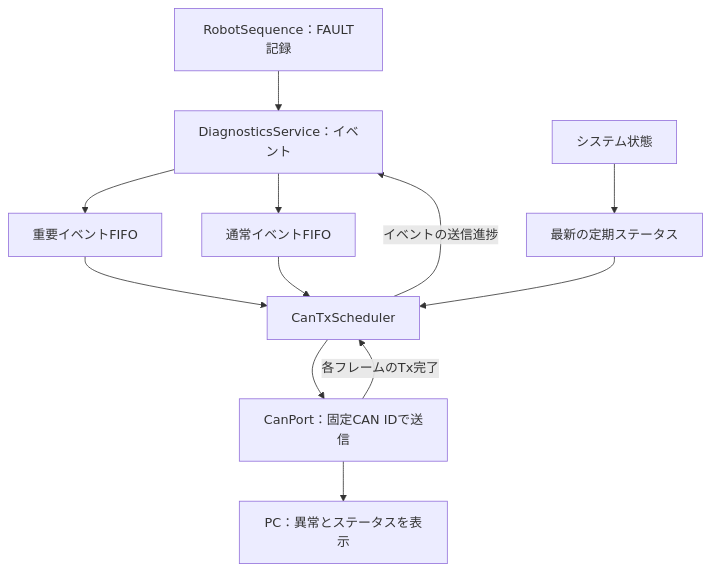
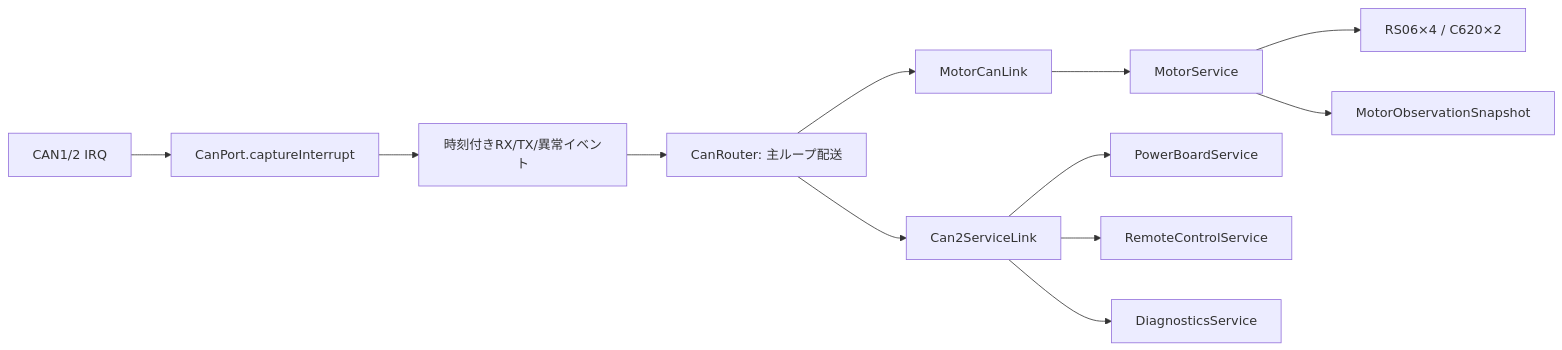
Before and after one commit to kou-pen/balancing: the third of 8 diagrams in docs/diagrams.md, drawn with Mermaid. The commit also changed other lines of this file and 16 other files, not shown here.

```diff
--- a/docs/diagrams.md
+++ b/docs/diagrams.md
@@ -278,14 +54,14 @@
 <pre class="mermaid">
-flowchart TB
-    FAULT["RobotSequence：FAULT記録"] --> EVENT["DiagnosticsService：イベント"]
-    STATUS["システム状態"] --> LAST["最新の定期ステータス"]
-    EVENT --> IMPORTANT["重要イベントFIFO"]
-    EVENT --> NORMAL["通常イベントFIFO"]
-    IMPORTANT --> TX["CanTxScheduler"]
-    NORMAL --> TX
-    LAST --> TX
-    TX --> BUS["CanPort：固定CAN IDで送信"]
-    BUS --> PC["PC：異常とステータスを表示"]
-    BUS -->|各フレームのTx完了| TX
-    TX -->|イベントの送信進捗| EVENT
+flowchart LR
+    IRQ["CAN1/2 IRQ"] --> PORT["CanPort.captureInterrupt"]
+    PORT --> QUEUE["時刻付きRX/TX/異常イベント"]
+    QUEUE --> ROUTER["CanRouter: 主ループ配送"]
+    ROUTER --> ML["MotorCanLink"]
+    ML --> MS["MotorService"]
+    MS --> M["RS06×4 / C620×2"]
+    MS --> SNAP["MotorObservationSnapshot"]
+    ROUTER --> C2["Can2ServiceLink"]
+    C2 --> P["PowerBoardService"]
+    C2 --> R["RemoteControlService"]
+    C2 --> D["DiagnosticsService"]
 </pre>
```
